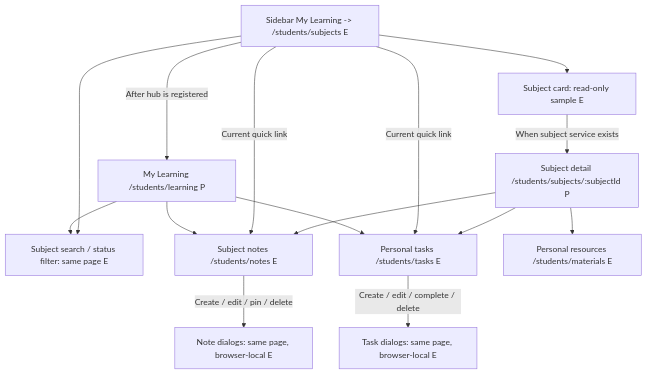
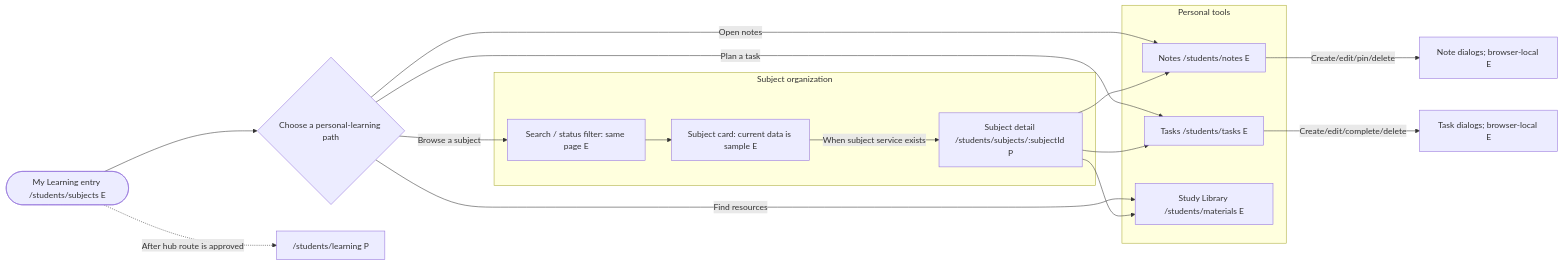
The second of 14 diagrams in OWLIO_STUDENT_SIDEBAR_WORKFLOW_PLAN.md (devCarlJoseph/owlio-app), drawn with Mermaid before and after one commit. The commit also changed other lines of this file and 1 other file, not shown here.

Commit message:
docs(workflows): render sidebar flows as grouped Mermaid diagrams

````diff
--- a/OWLIO_STUDENT_SIDEBAR_WORKFLOW_PLAN.md
+++ b/OWLIO_STUDENT_SIDEBAR_WORKFLOW_PLAN.md
@@ -326,17 +338,26 @@
 ```mermaid
-flowchart TD
-  M["Sidebar My Learning -> /students/subjects E"] --> F["Subject search / status filter: same page E"]
-  M --> SC["Subject card: read-only sample E"]
-  SC -->|"When subject service exists"| SD["Subject detail /students/subjects/:subjectId P"]
-  SD --> NS["Subject notes /students/notes E"]
-  SD --> TS["Personal tasks /students/tasks E"]
-  SD --> RS["Personal resources /students/materials E"]
-  M -->|"Current quick link"| NS
-  M -->|"Current quick link"| TS
-  NS -->|"Create / edit / pin / delete"| ND["Note dialogs: same page, browser-local E"]
-  TS -->|"Create / edit / complete / delete"| TD["Task dialogs: same page, browser-local E"]
-  M -->|"After hub is registered"| MH["My Learning /students/learning P"]
-  MH --> F
-  MH --> NS
-  MH --> TS
+flowchart LR
+  ML(["My Learning entry /students/subjects E"]) --> HUB{"Choose a personal-learning path"}
+  subgraph SUBJECT["Subject organization"]
+    FILTER["Search / status filter: same page E"]
+    CARD["Subject card: current data is sample E"]
+    DETAIL["Subject detail /students/subjects/:subjectId P"]
+    FILTER --> CARD
+    CARD -->|"When subject service exists"| DETAIL
+  end
+  subgraph PERSONAL_TOOLS["Personal tools"]
+    NOTES["Notes /students/notes E"]
+    TASKS["Tasks /students/tasks E"]
+    LIB["Study Library /students/materials E"]
+  end
+  HUB -->|"Browse a subject"| FILTER
+  HUB -->|"Open notes"| NOTES
+  HUB -->|"Plan a task"| TASKS
+  HUB -->|"Find resources"| LIB
+  DETAIL --> NOTES
+  DETAIL --> TASKS
+  DETAIL --> LIB
+  NOTES -->|"Create/edit/pin/delete"| NOTE_DIALOG["Note dialogs; browser-local E"]
+  TASKS -->|"Create/edit/complete/delete"| TASK_DIALOG["Task dialogs; browser-local E"]
+  ML -.->|"After hub route is approved"| FUTURE["/students/learning P"]
 ```
````
